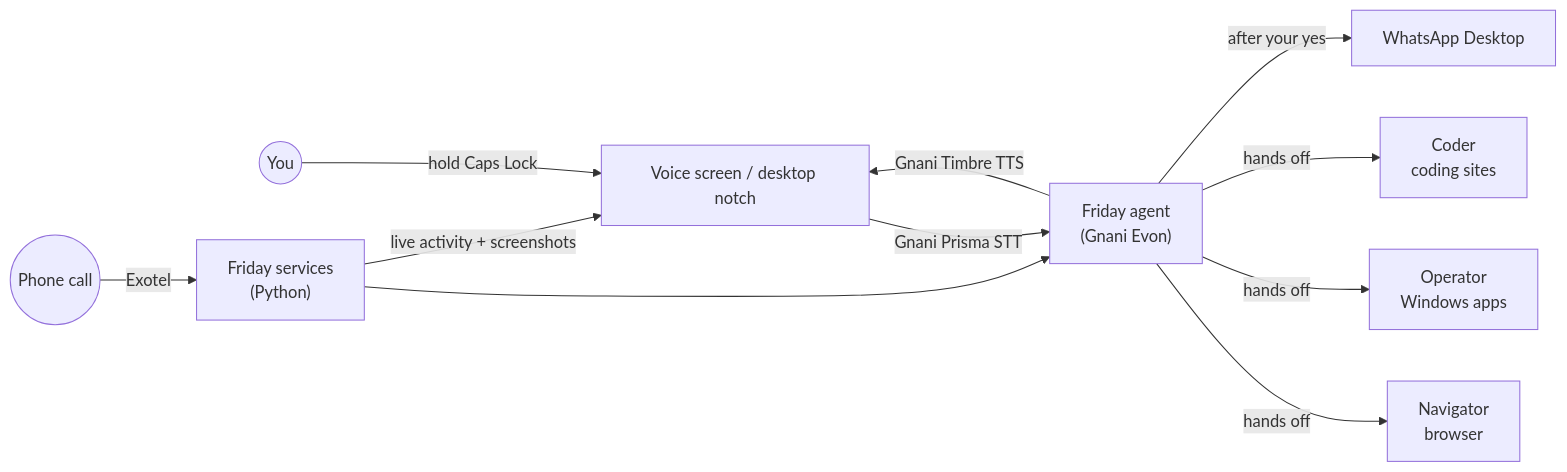
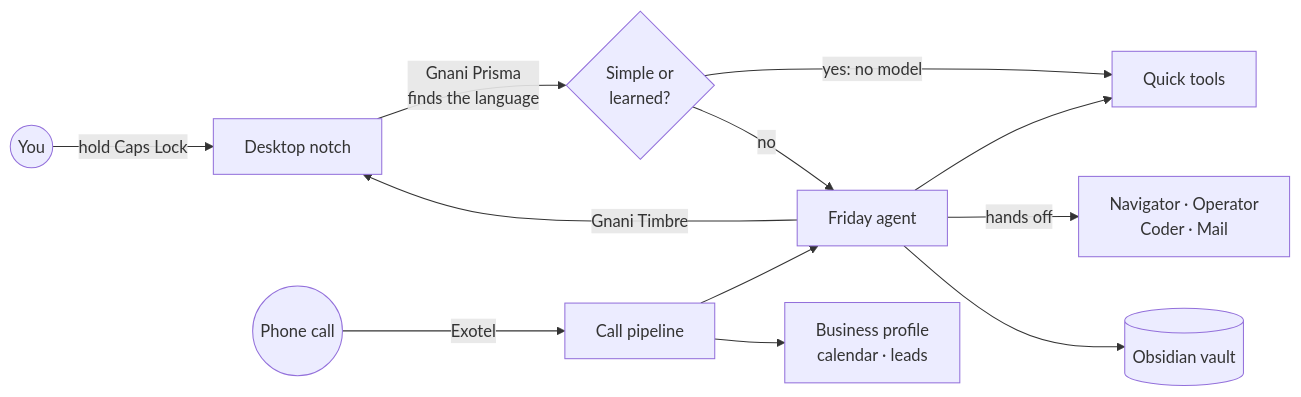
Before and after one commit to prem-2006/Friday-AI: the diagram in README.md, drawn with Mermaid. The commit also changed other lines of this file and 1 other file, not shown here.

Commit message:
README rewritten for reviewers: the problem, the solution, features, architecture and setup

````diff
--- a/README.md
+++ b/README.md
@@ -37,13 +64,14 @@
 ```mermaid
 flowchart LR
-  You((You)) -- hold Caps Lock --> Stage["Voice screen / desktop notch"]
-  Stage -- Gnani Prisma STT --> Friday["Friday agent<br/>(Gnani Evon)"]
-  Friday -- Gnani Timbre TTS --> Stage
-  Friday -- hands off --> Navigator["Navigator<br/>browser"]
-  Friday -- hands off --> Operator["Operator<br/>Windows apps"]
-  Friday -- hands off --> Coder["Coder<br/>coding sites"]
-  Friday -- after your yes --> WA["WhatsApp Desktop"]
-  Phone((Phone call)) -- Exotel --> Services["Friday services<br/>(Python)"]
-  Services --> Friday
-  Services -- live activity + screenshots --> Stage
+  You((You)) -- "hold Caps Lock" --> Notch["Desktop notch"]
+  Notch -- "Gnani Prisma<br/>finds the language" --> Instant{"Simple or<br/>learned?"}
+  Instant -- "yes: no model" --> Tools["Quick tools"]
+  Instant -- "no" --> Friday["Friday agent"]
+  Friday --> Tools
+  Friday -- "hands off" --> Helpers["Navigator · Operator<br/>Coder · Mail"]
+  Friday -- "Gnani Timbre" --> Notch
+  Caller((Phone call)) -- "Exotel" --> Pipeline["Call pipeline"]
+  Pipeline --> Friday
+  Pipeline --> Business["Business profile<br/>calendar · leads"]
+  Friday --> Vault[("Obsidian vault")]
 ```
````
